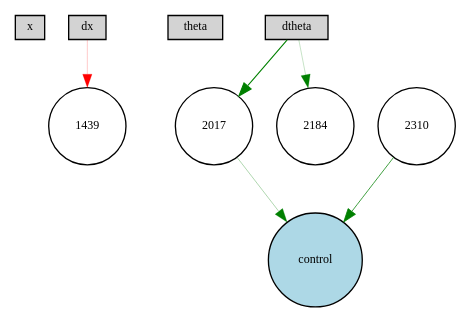
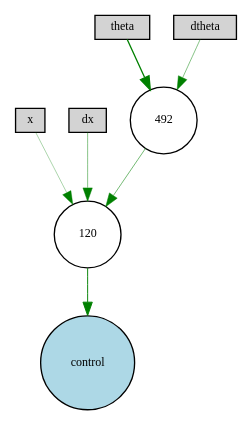
Before and after one commit to felix0901/NEAT: the diagram in examples/single-pole-balancing/winner-feedforward-enabled.gv, drawn with Graphviz. The commit also changed 21 other files, not shown here.

```diff
--- a/examples/single-pole-balancing/winner-feedforward-enabled.gv
+++ b/examples/single-pole-balancing/winner-feedforward-enabled.gv
@@ -1,17 +1,16 @@
 digraph {
 	node [fontsize=9 height=0.2 shape=circle width=0.2]
 	x [fillcolor=lightgray shape=box style=filled]
 	dx [fillcolor=lightgray shape=box style=filled]
 	theta [fillcolor=lightgray shape=box style=filled]
 	dtheta [fillcolor=lightgray shape=box style=filled]
 	control [fillcolor=lightblue style=filled]
-	2017 [fillcolor=white style=filled]
-	2310 [fillcolor=white style=filled]
-	2184 [fillcolor=white style=filled]
-	1439 [fillcolor=white style=filled]
-	dx -> 1439 [color=red penwidth=0.1568837049507772 style=solid]
-	dtheta -> 2017 [color=green penwidth=0.8047323853698989 style=solid]
-	2017 -> control [color=green penwidth=0.24266026298012347 style=solid]
-	dtheta -> 2184 [color=green penwidth=0.16547266893453494 style=solid]
-	2310 -> control [color=green penwidth=0.5600302436273658 style=solid]
+	120 [fillcolor=white style=filled]
+	492 [fillcolor=white style=filled]
+	120 -> control [color=green penwidth=0.7116546684830001 style=solid]
+	x -> 120 [color=green penwidth=0.2535057517298861 style=solid]
+	dx -> 120 [color=green penwidth=0.3632057701957695 style=solid]
+	dtheta -> 492 [color=green penwidth=0.35750629966161207 style=solid]
+	492 -> 120 [color=green penwidth=0.4144506222021679 style=solid]
+	theta -> 492 [color=green penwidth=0.9930993597949437 style=solid]
 }
```
